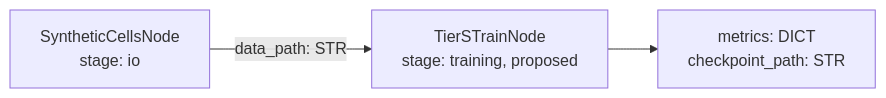
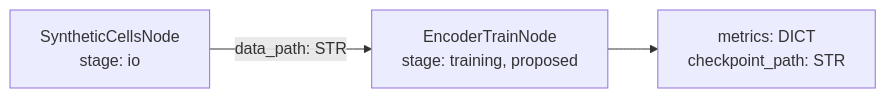
Before and after one commit to Kays3/geneformer-vs-brainiac: the second of 3 diagrams in zebrafish-brain-fm/NEURO-WORKFLOW-PLAN.md, drawn with Mermaid. The commit also changed 4 other files, not shown here.

Commit message:
Rename the training node to EncoderTrainNode; add the tier M timing workflow

````diff
--- a/zebrafish-brain-fm/NEURO-WORKFLOW-PLAN.md
+++ b/zebrafish-brain-fm/NEURO-WORKFLOW-PLAN.md
@@ -21,5 +21,5 @@
 ```mermaid
 flowchart LR
-    S["SyntheticCellsNode<br/>stage: io"] -->|"data_path: STR"| T["TierSTrainNode<br/>stage: training, proposed"]
+    S["SyntheticCellsNode<br/>stage: io"] -->|"data_path: STR"| T["EncoderTrainNode<br/>stage: training, proposed"]
     T --> O["metrics: DICT<br/>checkpoint_path: STR"]
 ```
````
